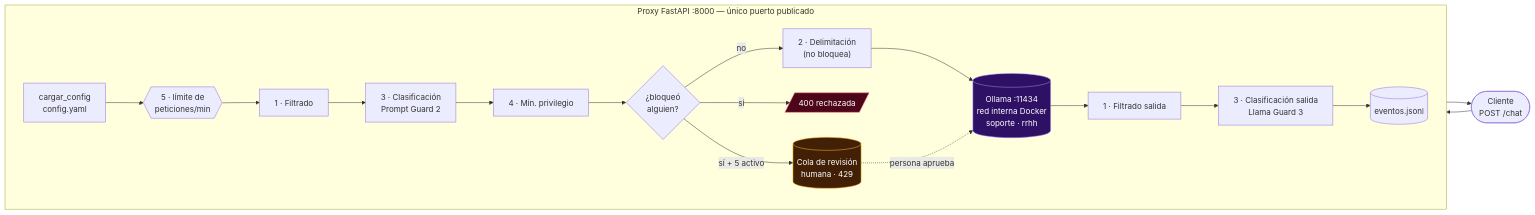
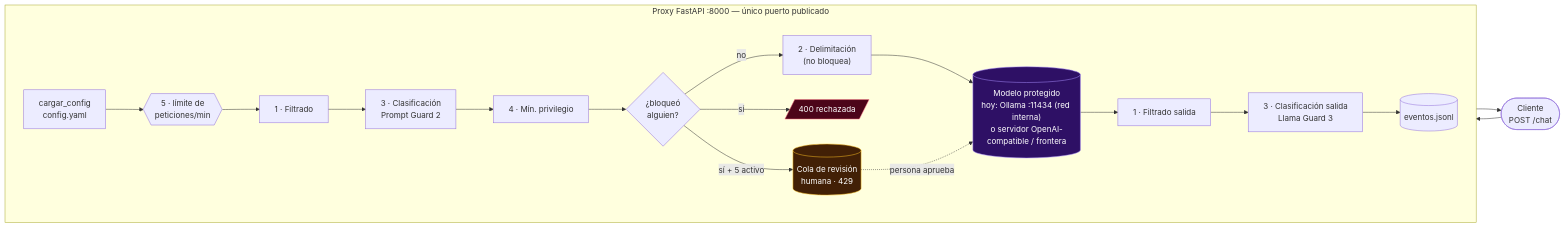
The first of 2 diagrams in README.md (Anderfg13/IronVeil), drawn with Mermaid before and after one commit. The commit also changed other lines of this file and 1 other file, not shown here.

Commit message:
docs: README y CITATION en forma general (cualquier modelo, con enfasis en Ollama autoalojado)

````diff
--- a/README.md
+++ b/README.md
@@ -48,22 +58,22 @@
 ```mermaid
 flowchart LR
     C([Cliente<br/>POST /chat]) --> CFG[cargar_config<br/>config.yaml]
     subgraph PROXY["Proxy FastAPI :8000 — único puerto publicado"]
         direction LR
         CFG --> RL{{"5 · límite de<br/>peticiones/min"}}
         RL --> E1["1 · Filtrado"] --> E3["3 · Clasificación<br/>Prompt Guard 2"] --> E4["4 · Mín. privilegio"]
         E4 --> B{¿bloqueó<br/>alguien?}
         B -- "sí + 5 activo" --> Q[("Cola de revisión<br/>humana · 429")]
         B -- "sí" --> R400[/"400 rechazada"/]
         B -- no --> D["2 · Delimitación<br/>(no bloquea)"]
         D --> OL
         OL --> S1["1 · Filtrado salida"] --> S3["3 · Clasificación salida<br/>Llama Guard 3"]
         S3 --> LOG[("eventos.jsonl")]
     end
-    OL[("Ollama :11434<br/>red interna Docker<br/>soporte · rrhh")]
+    OL[("Modelo protegido<br/>hoy: Ollama :11434 (red interna)<br/>o servidor OpenAI-compatible / frontera")]
     Q -. "persona aprueba" .-> OL
     S3 --> C
     style OL fill:#2e1065,stroke:#a78bfa,color:#fff
     style Q fill:#422006,stroke:#fbbf24,color:#fff
     style R400 fill:#4c0519,stroke:#fb7185,color:#fff
 ```
````
